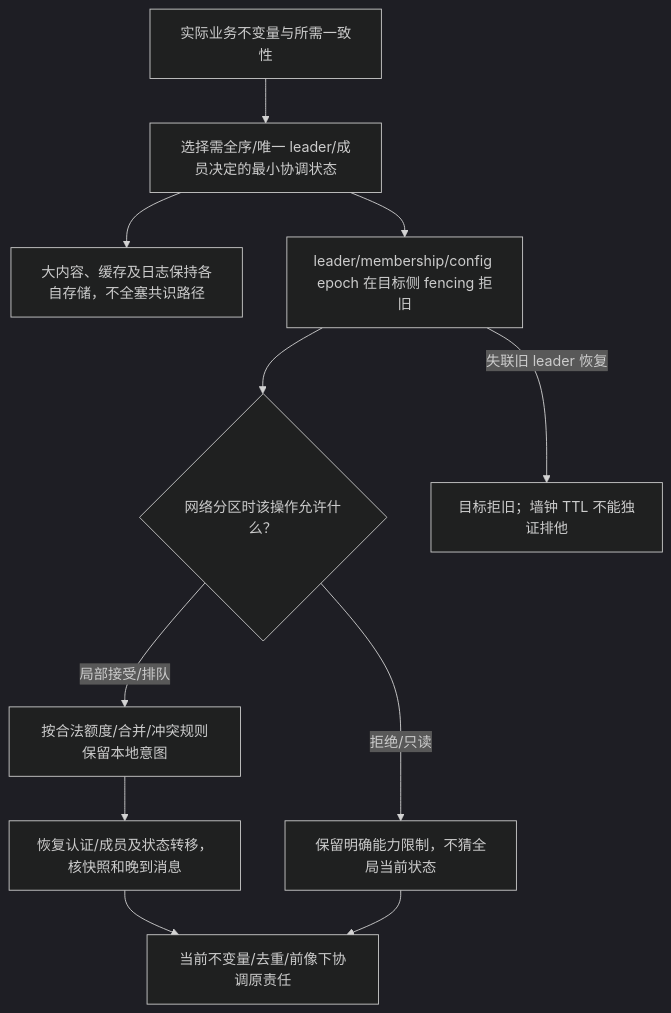
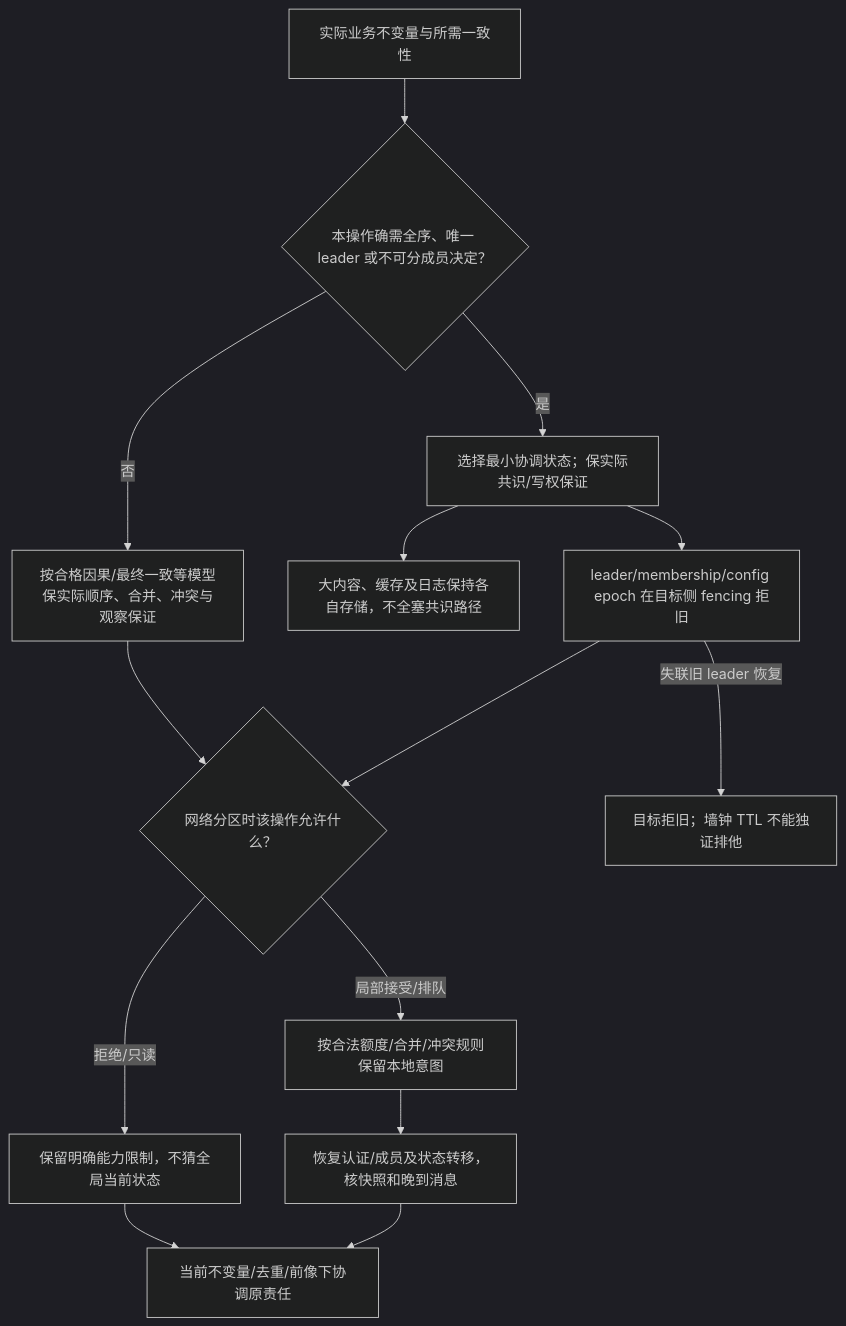
Before and after one commit to sec-platform/sec: the tenth of 32 diagrams in docs/运行/宿主生态与技术约束.md, drawn with Mermaid (dark theme). The commit also changed other lines of this file and 8 other files, not shown here.

````diff
--- a/docs/运行/宿主生态与技术约束.md
+++ b/docs/运行/宿主生态与技术约束.md
@@ -963,13 +963,16 @@
 ```mermaid
 flowchart TB
-  invariant["实际业务不变量与所需一致性"] --> scope["选择需全序/唯一 leader/成员决定的最小协调状态"]
+  invariant["实际业务不变量与所需一致性"] --> coordination{"本操作确需全序、唯一 leader 或不可分成员决定？"}
+  coordination -->|是| scope["选择最小协调状态；保实际共识/写权保证"]
+  coordination -->|否| merge["按合格因果/最终一致等模型保实际顺序、合并、冲突与观察保证"]
   scope --> data["大内容、缓存及日志保持各自存储，不全塞共识路径"]
   scope --> epoch["leader/membership/config epoch 在目标侧 fencing 拒旧"]
   epoch --> partition{"网络分区时该操作允许什么？"}
+  merge --> partition
   partition -->|拒绝/只读| restricted["保留明确能力限制，不猜全局当前状态"]
   partition -->|局部接受/排队| local["按合法额度/合并/冲突规则保留本地意图"]
   local --> reconnect["恢复认证/成员及状态转移，核快照和晚到消息"]
   reconnect --> reconcile["当前不变量/去重/前像下协调原责任"]
   restricted --> reconcile
   epoch -->|失联旧 leader 恢复| reject["目标拒旧；墙钟 TTL 不能独证排他"]
 ```
````
